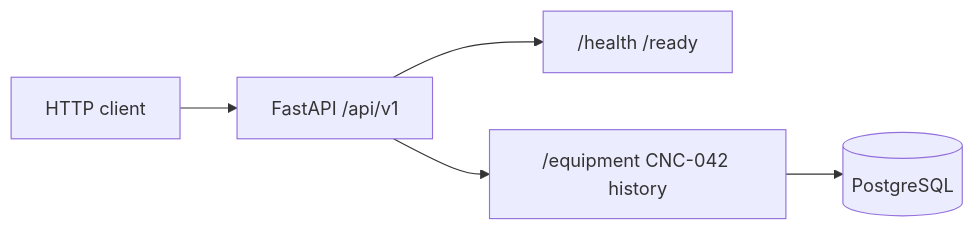
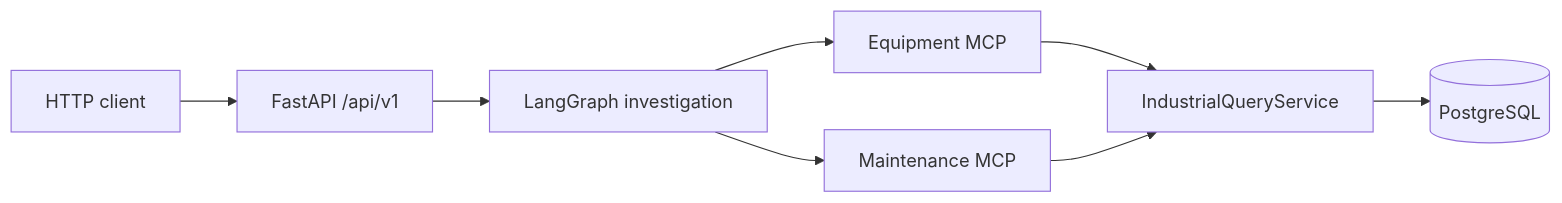
One commit to StrangePhoton/ForgeFlowAI changed the second of 2 diagrams in README.md. Above: the diagram before and after it, drawn with Mermaid. The commit also changed other lines of this file and 52 other files, not shown here.

First line of the commit message:
feat: add MCP tools and LangGraph CNC-042 investigation

````diff
--- a/README.md
+++ b/README.md
@@ -51,7 +52,10 @@
 ```mermaid
 flowchart LR
     Client[HTTP client] --> API[FastAPI /api/v1]
-    API --> Health["/health /ready"]
-    API --> Equip["/equipment CNC-042 history"]
-    Equip --> DB[(PostgreSQL)]
+    API --> Graph[LangGraph investigation]
+    Graph --> EqMCP[Equipment MCP]
+    Graph --> MaintMCP[Maintenance MCP]
+    EqMCP --> Reader[IndustrialQueryService]
+    MaintMCP --> Reader
+    Reader --> DB[(PostgreSQL)]
 ```
````
